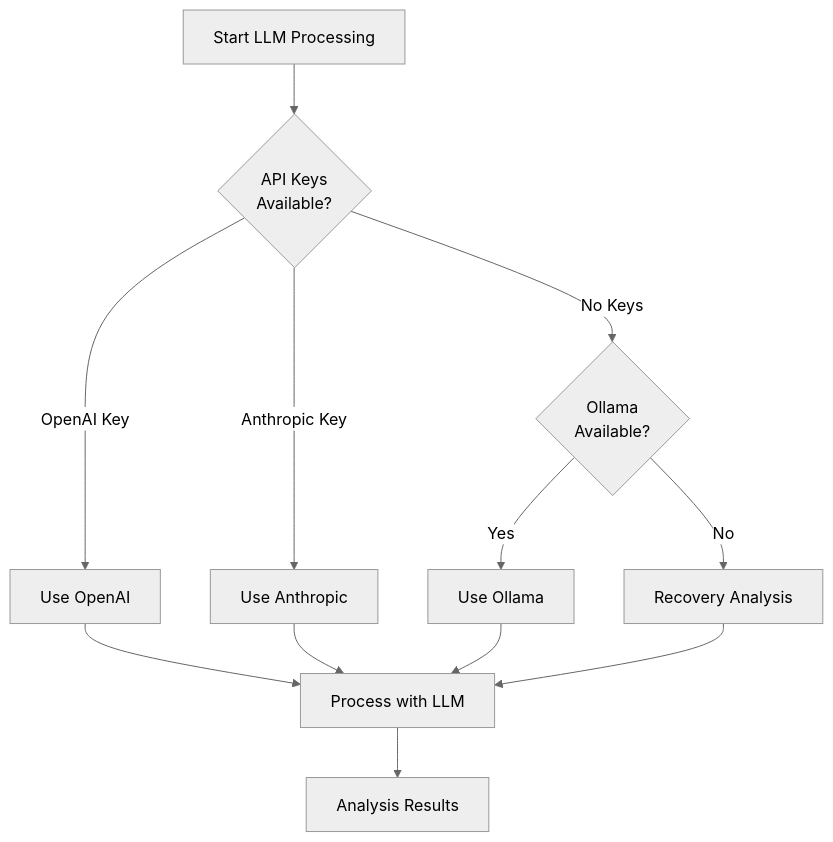
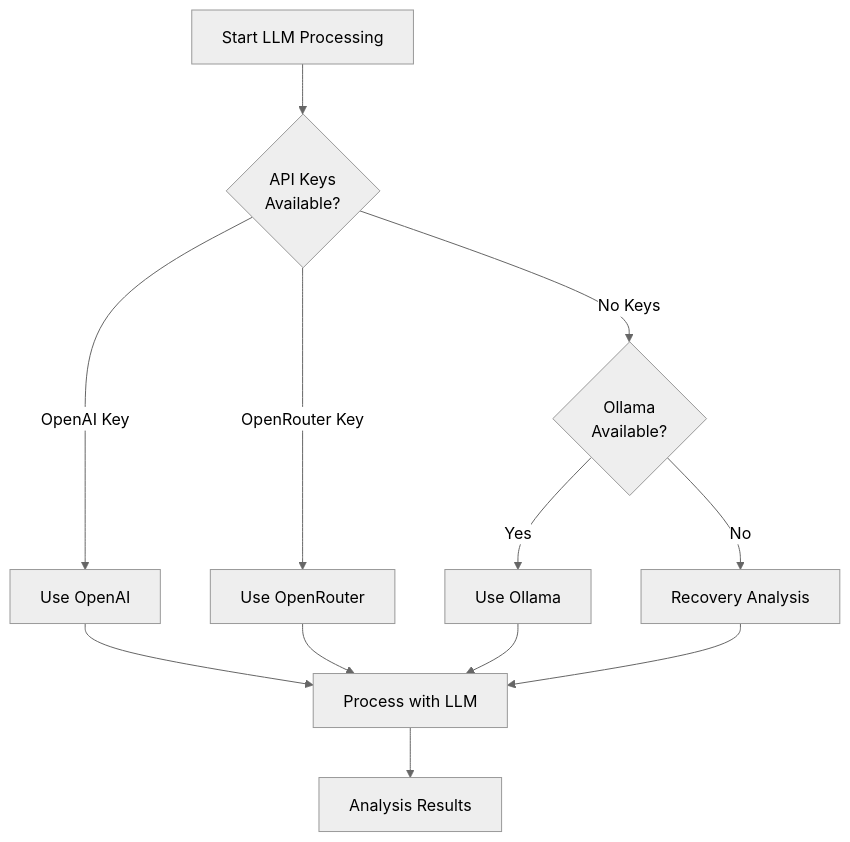
The second of 4 diagrams in src/llm/README.md (ActiveInferenceInstitute/GeneralizedNotationNotation), drawn with Mermaid (neutral theme) before and after one commit. The commit also changed other lines of this file and 253 other files, not shown here.

````diff
--- a/src/llm/README.md
+++ b/src/llm/README.md
@@ -82,18 +82,18 @@
 ```mermaid
 flowchart TD
     Start[Start LLM Processing] --> CheckKeys{API Keys<br/>Available?}
     
     CheckKeys -->|OpenAI Key| UseOpenAI[Use OpenAI]
-    CheckKeys -->|Anthropic Key| UseAnthropic[Use Anthropic]
+    CheckKeys -->|OpenRouter Key| UseOpenRouter[Use OpenRouter]
     CheckKeys -->|No Keys| CheckOllama{Ollama<br/>Available?}
     
     CheckOllama -->|Yes| UseOllama[Use Ollama]
     CheckOllama -->|No| Recovery[Recovery Analysis]
     
     UseOpenAI --> Process[Process with LLM]
-    UseAnthropic --> Process
+    UseOpenRouter --> Process
     UseOllama --> Process
     Recovery --> Process
     
     Process --> Results[Analysis Results]
 ```
````
